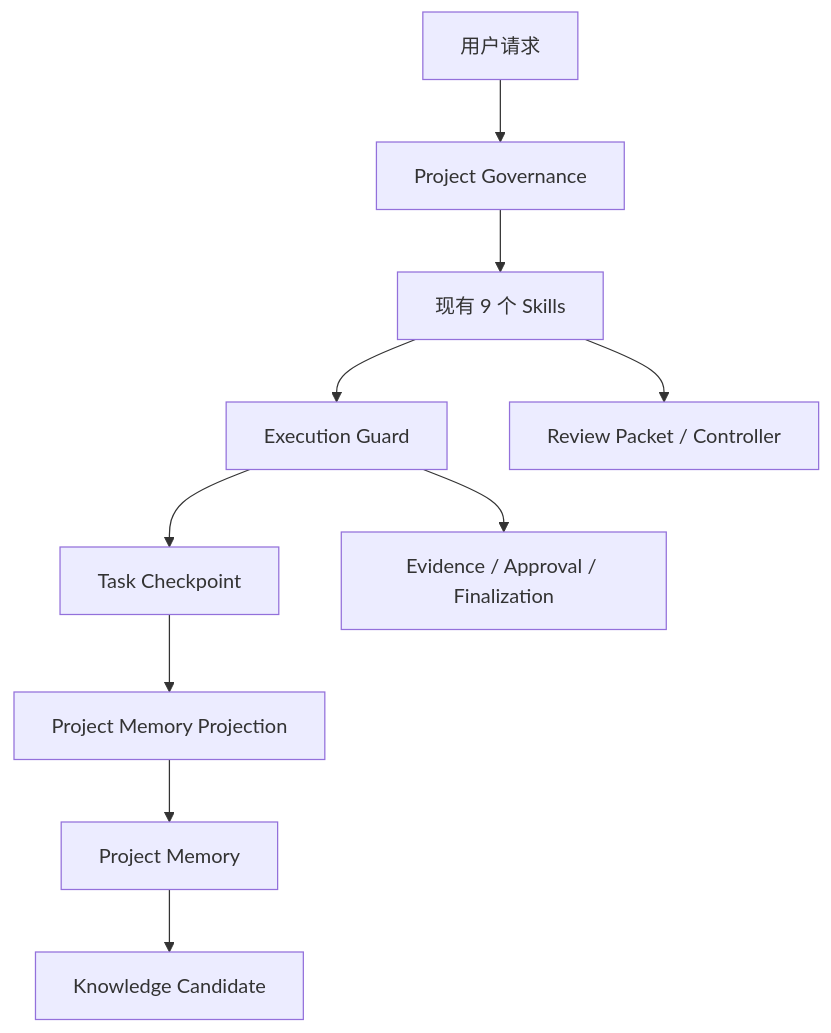
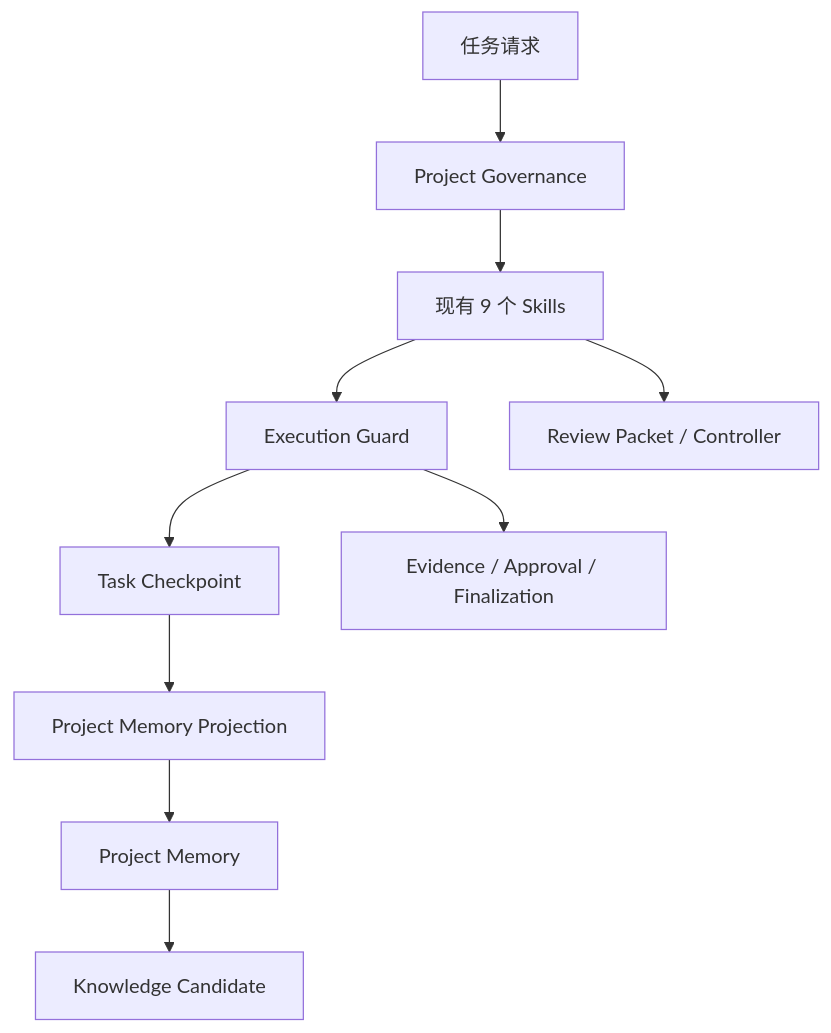
Before and after one commit to JimmyVGDY/codex-long-term-assistant-skills: the diagram in docs/V5_0_PROJECT_GOVERNANCE_AND_EVIDENCE_CLOSURE.md, drawn with Mermaid. The commit also changed other lines of this file and 21 other files, not shown here.

````diff
--- a/docs/V5_0_PROJECT_GOVERNANCE_AND_EVIDENCE_CLOSURE.md
+++ b/docs/V5_0_PROJECT_GOVERNANCE_AND_EVIDENCE_CLOSURE.md
@@ -7,12 +7,12 @@
 ```mermaid
 flowchart TD
-    U[用户请求] --> G[Project Governance]
+    U[任务请求] --> G[Project Governance]
     G --> S[现有 9 个 Skills]
     S --> E[Execution Guard]
     S --> R[Review Packet / Controller]
     E --> C[Task Checkpoint]
     E --> V[Evidence / Approval / Finalization]
     C --> P[Project Memory Projection]
     P --> M[Project Memory]
     M --> K[Knowledge Candidate]
 ```
````
